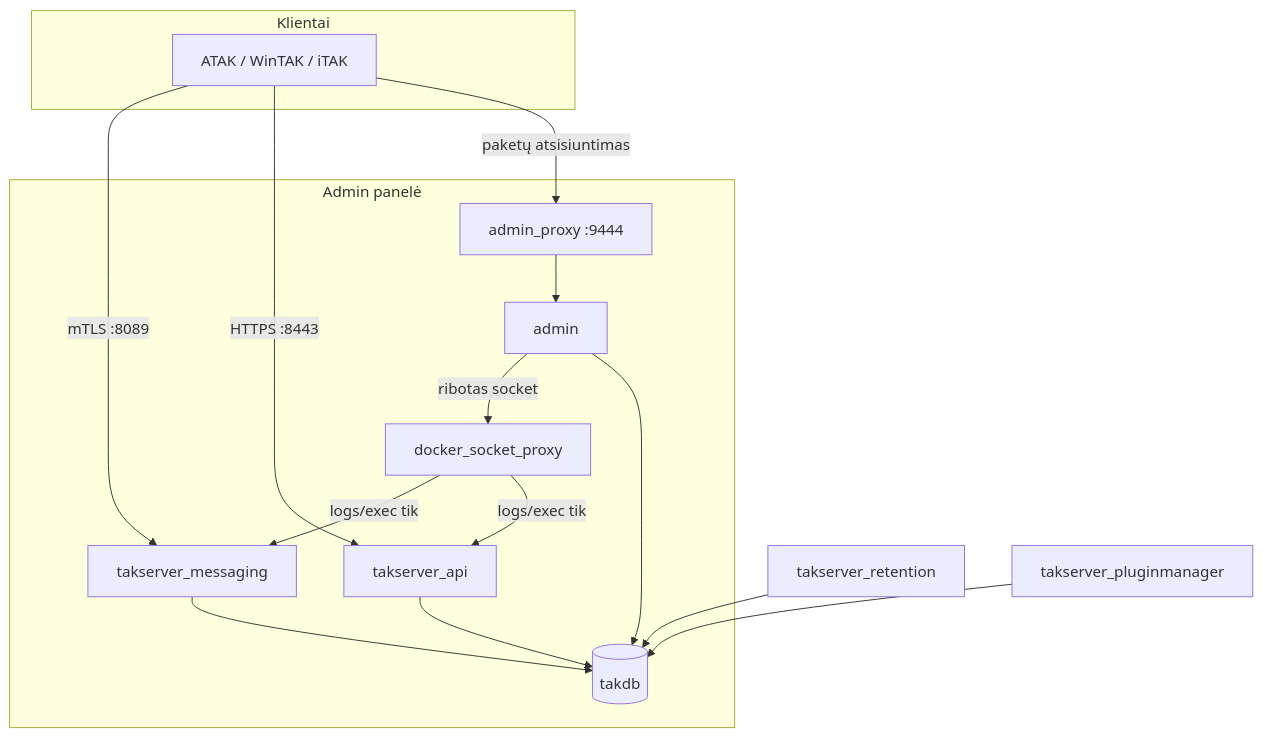
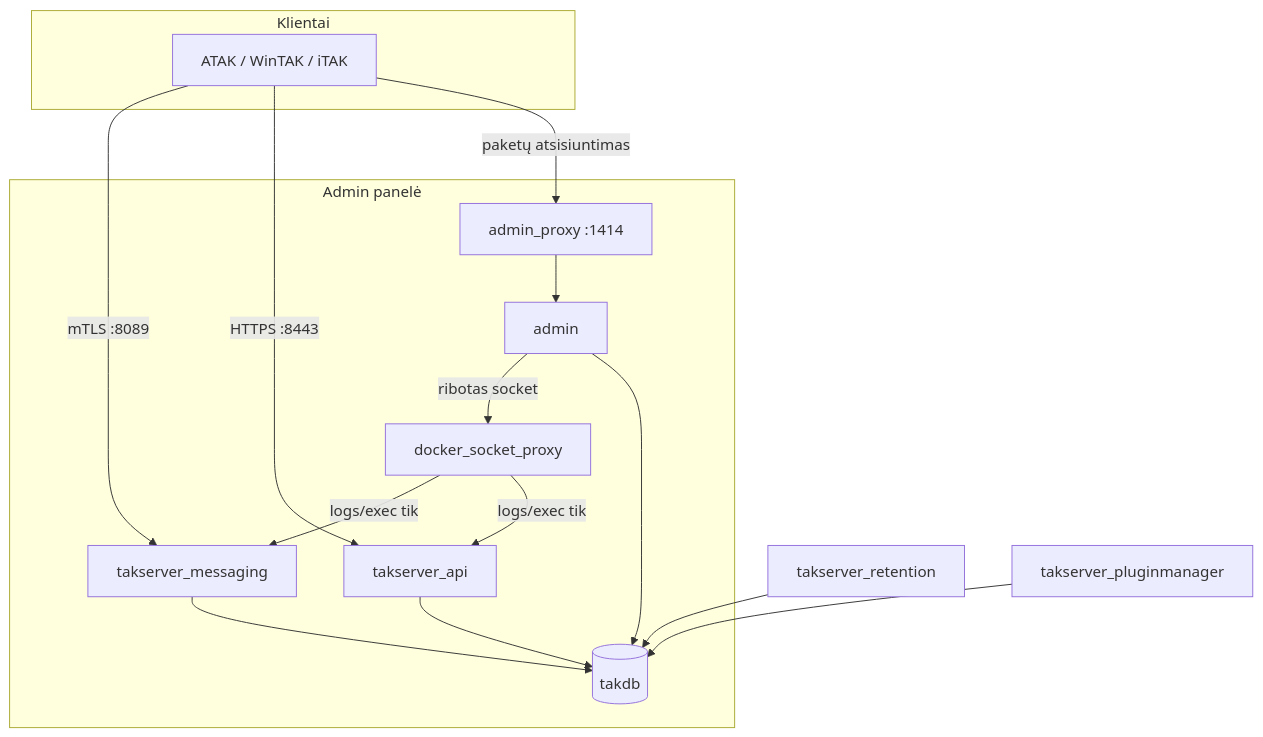
The diagram in docs/01-architektura.md (ndukve/TAK), drawn with Mermaid before and after one commit. The commit also changed other lines of this file and 21 other files, not shown here.

````diff
--- a/docs/01-architektura.md
+++ b/docs/01-architektura.md
@@ -22,21 +22,21 @@
 ```mermaid
 flowchart TB
   subgraph clients [Klientai]
     C["ATAK / WinTAK / iTAK"]
   end
   C -->|mTLS :8089| MSG[takserver_messaging]
   C -->|HTTPS :8443| API[takserver_api]
   MSG --> DB[(takdb)]
   API --> DB
   RET[takserver_retention] --> DB
   PLUG[takserver_pluginmanager] --> DB
 
   subgraph adminpanel [Admin panelė]
-    AP[admin_proxy :9444] --> A[admin]
+    AP[admin_proxy :1414] --> A[admin]
     A -->|ribotas socket| DSP[docker_socket_proxy]
     DSP -->|logs/exec tik| MSG
     DSP -->|logs/exec tik| API
     A --> DB
   end
   C -->|paketų atsisiuntimas| AP
 ```
````
